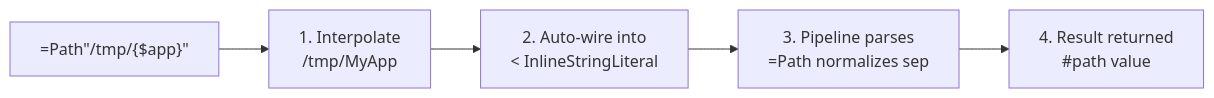
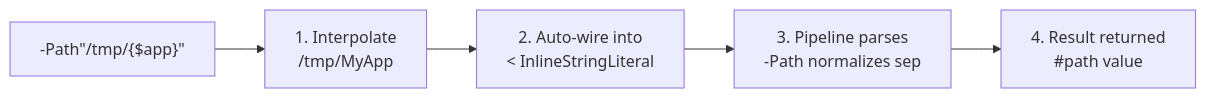
Before and after one commit to hasan-alj88/Polyglot: the diagram in docs/user/concepts/pipelines/inline-calls.md, drawn with Mermaid. The commit also changed other lines of this file and 356 other files, not shown here.

````diff
--- a/docs/user/concepts/pipelines/inline-calls.md
+++ b/docs/user/concepts/pipelines/inline-calls.md
@@ -37,10 +37,10 @@
 ```mermaid
 flowchart LR
-    RAW["=Path&quot;/tmp/{$app}&quot;"]
+    RAW["-Path&quot;/tmp/{$app}&quot;"]
     INTERP["1. Interpolate\n/tmp/MyApp"]
     WIRE["2. Auto-wire into\n< InlineStringLiteral"]
-    PARSE["3. Pipeline parses\n=Path normalizes sep"]
+    PARSE["3. Pipeline parses\n-Path normalizes sep"]
     RESULT["4. Result returned\n#path value"]
 
     RAW --> INTERP --> WIRE --> PARSE --> RESULT
 ```
````
